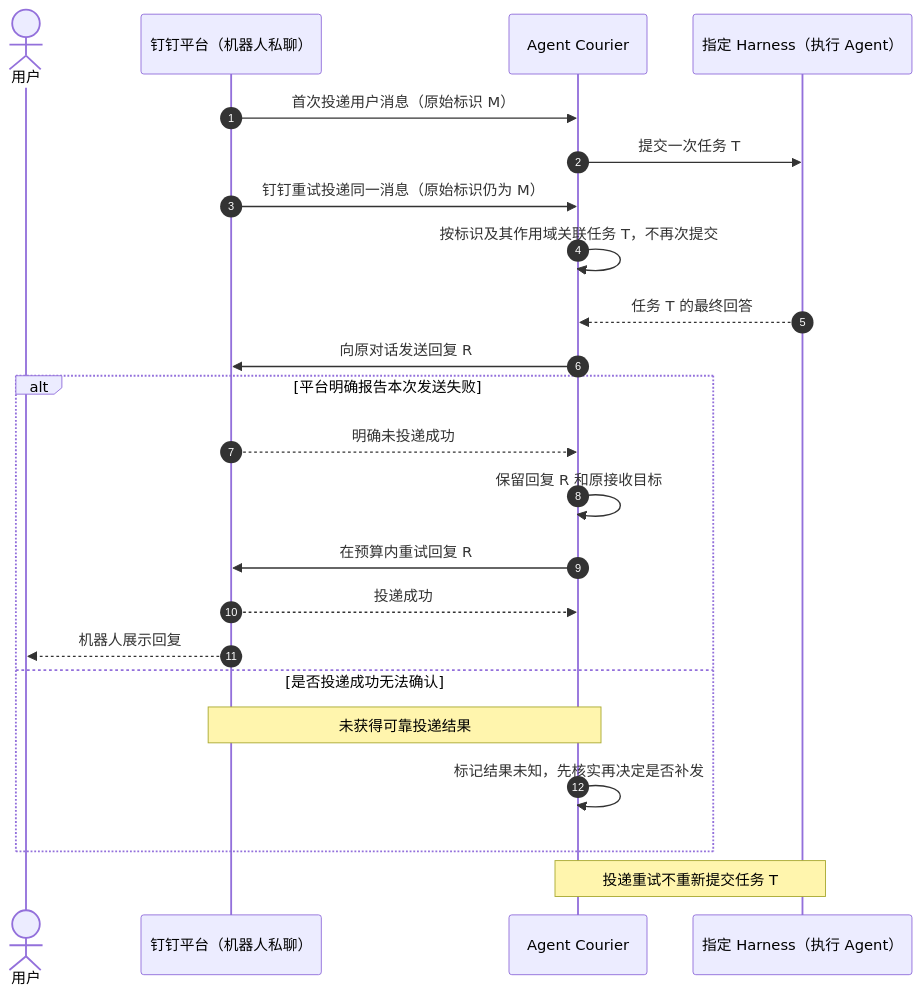
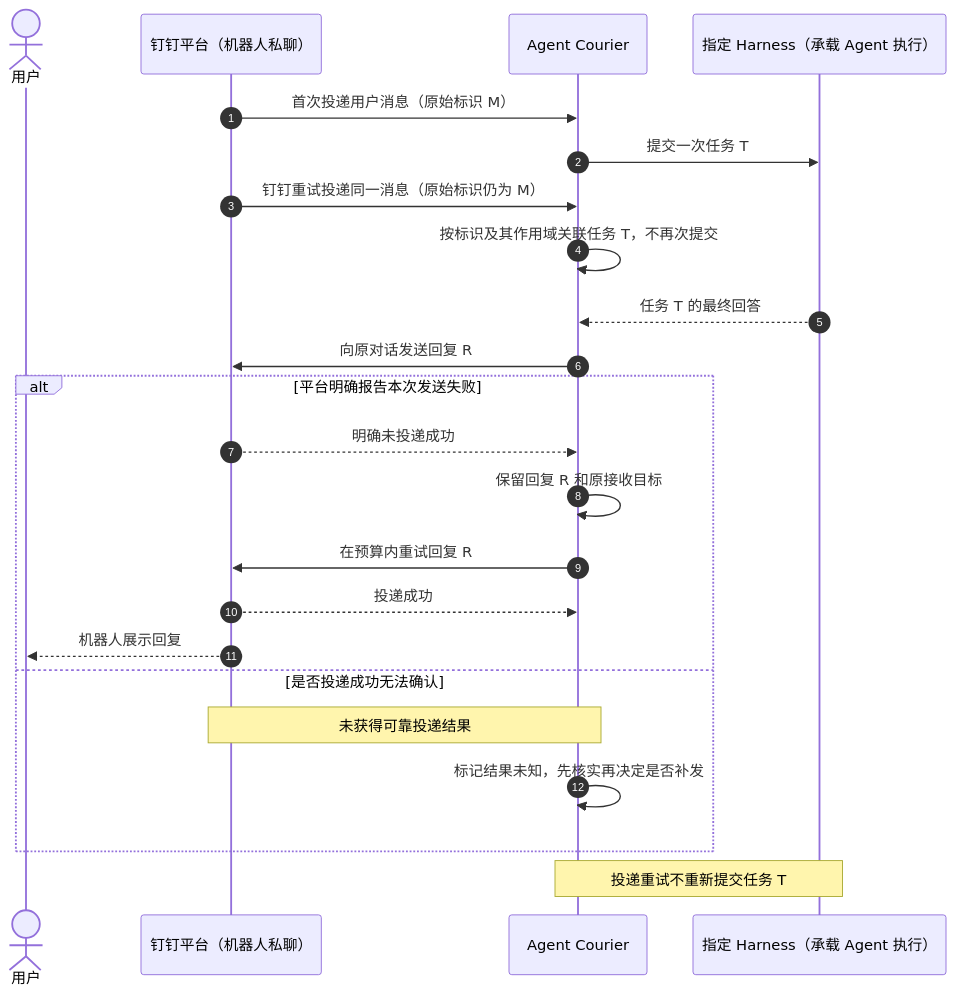
The second of 3 diagrams in specs/001-dingtalk-conversation/spec.md (euyuil/agent-courier), drawn with Mermaid before and after one commit. The commit also changed other lines of this file and 12 other files, not shown here.

Commit message:
docs(terminology): 统一 Agent、Harness 与会话归属用语

````diff
--- a/specs/001-dingtalk-conversation/spec.md
+++ b/specs/001-dingtalk-conversation/spec.md
@@ -220,26 +225,26 @@
 ```mermaid
 sequenceDiagram
     autonumber
     actor U as 用户
     participant D as 钉钉平台（机器人私聊）
     participant C as Agent Courier
-    participant H as 指定 Harness（执行 Agent）
+    participant H as 指定 Harness（承载 Agent 执行）
 
     D->>C: 首次投递用户消息（原始标识 M）
     C->>H: 提交一次任务 T
     D->>C: 钉钉重试投递同一消息（原始标识仍为 M）
     C->>C: 按标识及其作用域关联任务 T，不再次提交
     H-->>C: 任务 T 的最终回答
     C->>D: 向原对话发送回复 R
     alt 平台明确报告本次发送失败
         D-->>C: 明确未投递成功
         C->>C: 保留回复 R 和原接收目标
         C->>D: 在预算内重试回复 R
         D-->>C: 投递成功
         D-->>U: 机器人展示回复
     else 是否投递成功无法确认
         Note over D,C: 未获得可靠投递结果
         C->>C: 标记结果未知，先核实再决定是否补发
     end
     Note over C,H: 投递重试不重新提交任务 T
 ```
````
